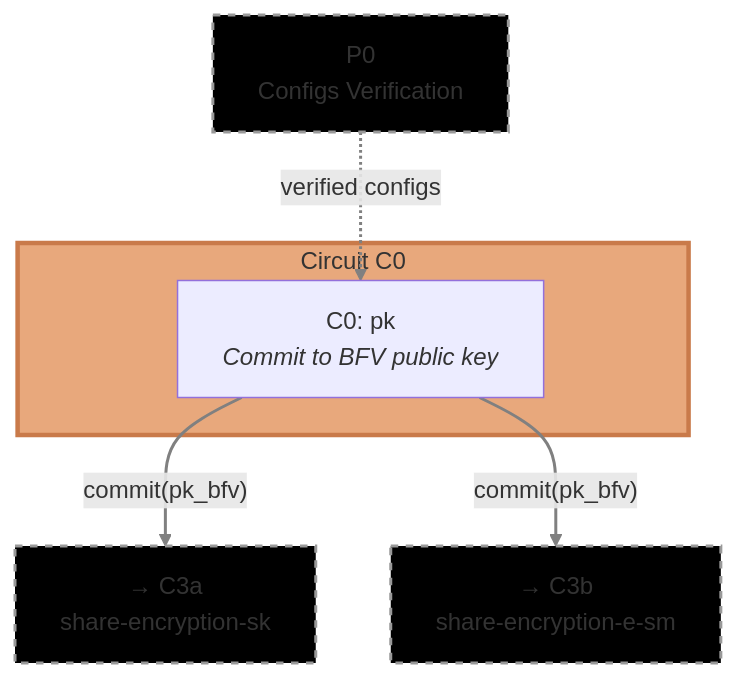
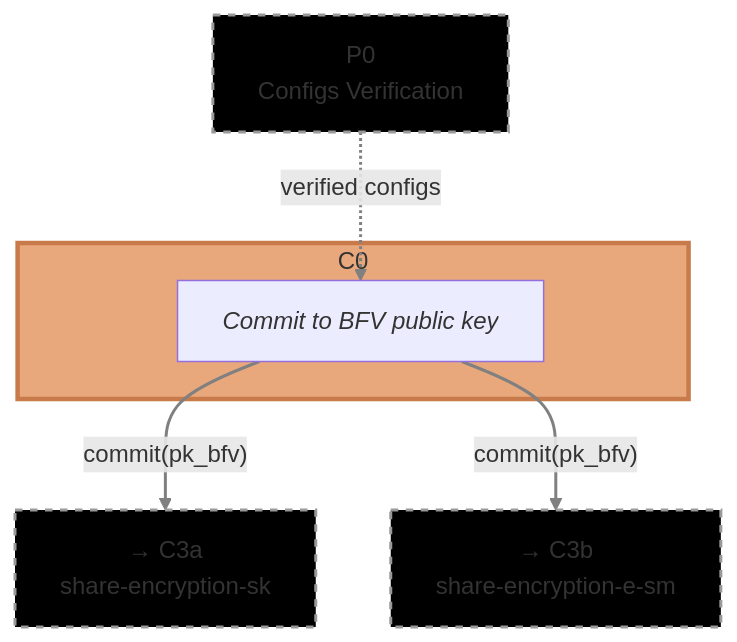
Before and after one commit to gnosisguild/enclave: the diagram in circuits/bin/dkg/pk/README.md, drawn with Mermaid. The commit also changed other lines of this file and 3 other files, not shown here.

````diff
--- a/circuits/bin/dkg/pk/README.md
+++ b/circuits/bin/dkg/pk/README.md
@@ -11,22 +11,22 @@
 ```mermaid
 flowchart TD
     %% Input from Phase 0
     Input0["P0<br>Configs Verification"] -.->|"verified configs"| C0
 
-    subgraph Focus["Circuit C0"]
-        C0["C0: pk<br/><i>Commit to BFV public key</i>"]
+    subgraph Focus["C0"]
+        C0["<i>Commit to BFV public key</i>"]
     end
 
     %% Output to C3a and C3b
     C0 -->|"commit(pk_bfv)"| Output1["→ C3a<br>share-encryption-sk"]
     C0 -->|"commit(pk_bfv)"| Output2["→ C3b<br>share-encryption-e-sm"]
 
     style Focus fill:#E8A87C,stroke:#C97A4A,stroke-width:3px
     style Input0 fill:#000000,stroke:#999,stroke-width:2px,stroke-dasharray: 5 5
     style Output1 fill:#000000,stroke:#999,stroke-width:2px,stroke-dasharray: 5 5
     style Output2 fill:#000000,stroke:#999,stroke-width:2px,stroke-dasharray: 5 5
 
     linkStyle 0 stroke:#808080,stroke-width:2px
     linkStyle 1 stroke:#808080,stroke-width:2px
     linkStyle 2 stroke:#808080,stroke-width:2px
 ```
````
